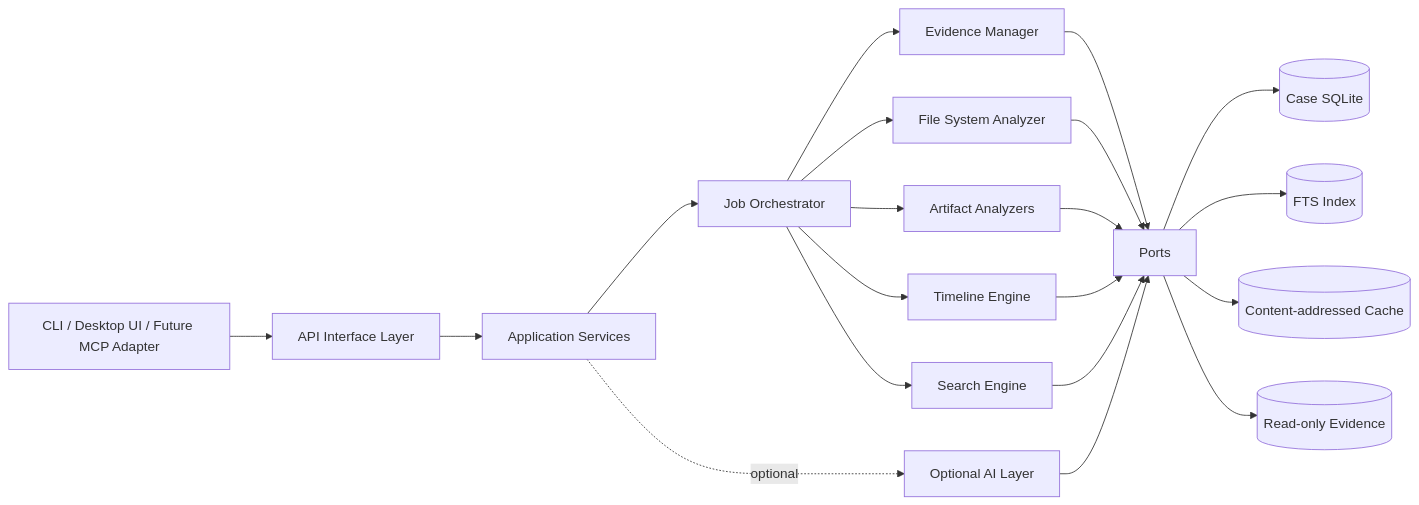
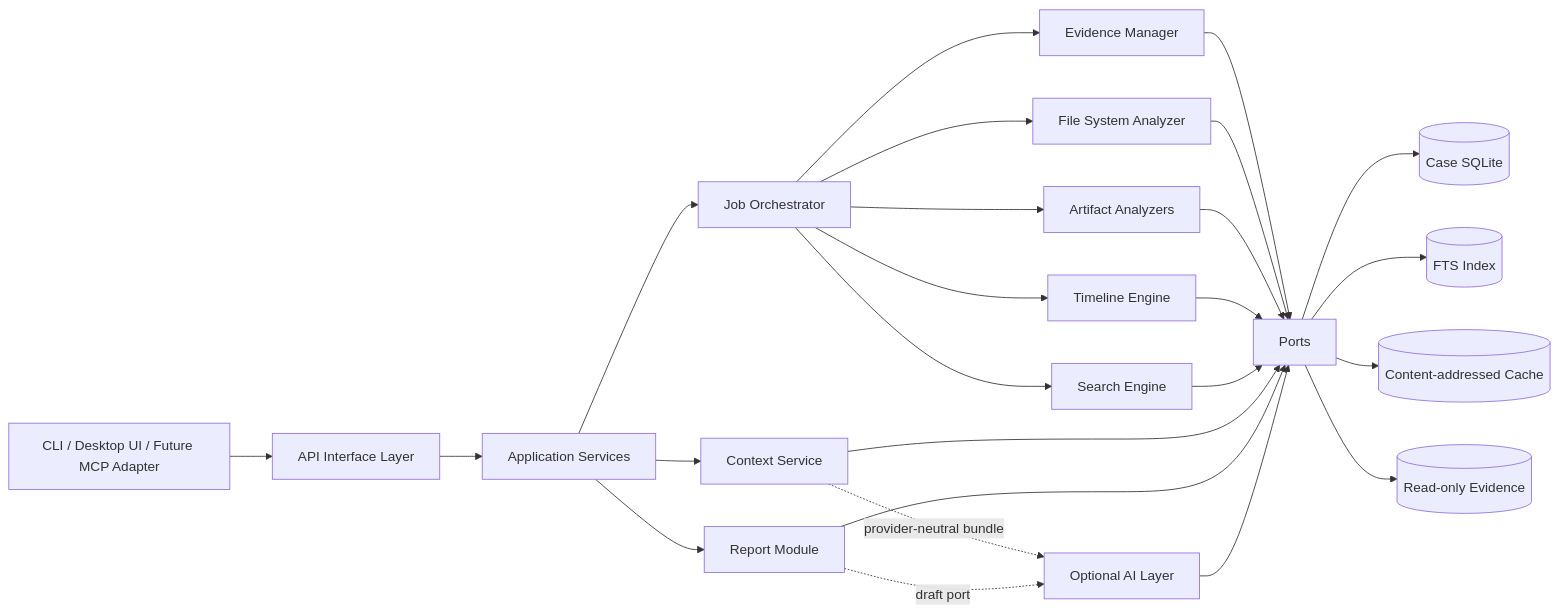
Before and after one commit to APEX-digtal-forensic-tool/APEX_Digtal_Forensic_Tool: the first of 4 diagrams in docs/ARCHITECTURE.md, drawn with Mermaid. The commit also changed other lines of this file and 20 other files, not shown here.

````diff
--- a/docs/ARCHITECTURE.md
+++ b/docs/ARCHITECTURE.md
@@ -15,37 +15,44 @@
 ```mermaid
 flowchart LR
     Client[CLI / Desktop UI / Future MCP Adapter]
     API[API Interface Layer]
     APP[Application Services]
     JOB[Job Orchestrator]
     EM[Evidence Manager]
     FS[File System Analyzer]
     AA[Artifact Analyzers]
     TL[Timeline Engine]
     SE[Search Engine]
+    CTX[Context Service]
+    RPT[Report Module]
     AI[Optional AI Layer]
     PORTS[Ports]
     DB[(Case SQLite)]
     IDX[(FTS Index)]
     CACHE[(Content-addressed Cache)]
     EVIDENCE[(Read-only Evidence)]
 
     Client --> API --> APP
     APP --> JOB
     JOB --> EM
     JOB --> FS
     JOB --> AA
     JOB --> TL
     JOB --> SE
-    APP -. optional .-> AI
+    APP --> CTX
+    APP --> RPT
+    CTX -. provider-neutral bundle .-> AI
+    RPT -. draft port .-> AI
     EM --> PORTS
     FS --> PORTS
     AA --> PORTS
     TL --> PORTS
     SE --> PORTS
+    CTX --> PORTS
+    RPT --> PORTS
     AI --> PORTS
     PORTS --> DB
     PORTS --> IDX
     PORTS --> CACHE
     PORTS --> EVIDENCE
 ```
````
